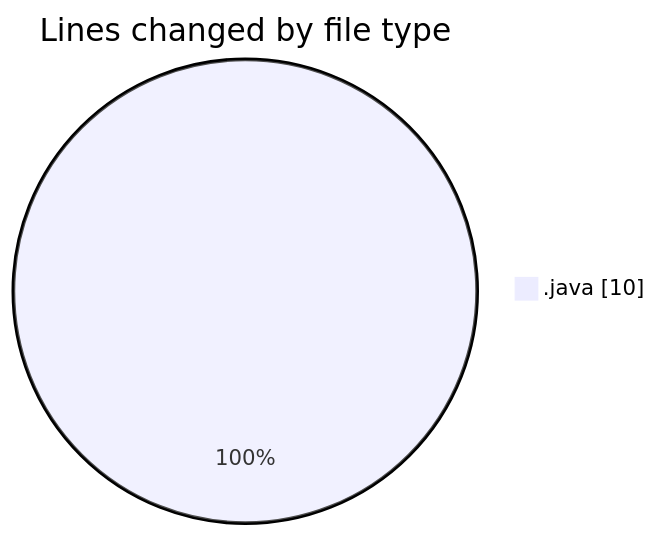
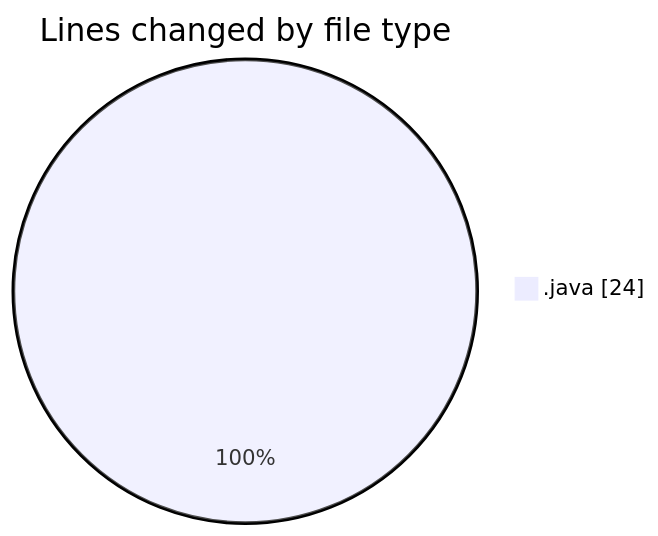
The first of 2 diagrams in 2025-02-24/day09-random-string/README.md (NitaiMahat/code-tracking), drawn with Mermaid before and after one commit. The commit also changed other lines of this file and 1 other file, not shown here.

````diff
--- a/2025-02-24/day09-random-string/README.md
+++ b/2025-02-24/day09-random-string/README.md
@@ -20,5 +20,5 @@
 ```mermaid
 pie showData
 title Lines changed by file type
-".java" : 10
+".java" : 24
 ```
````
